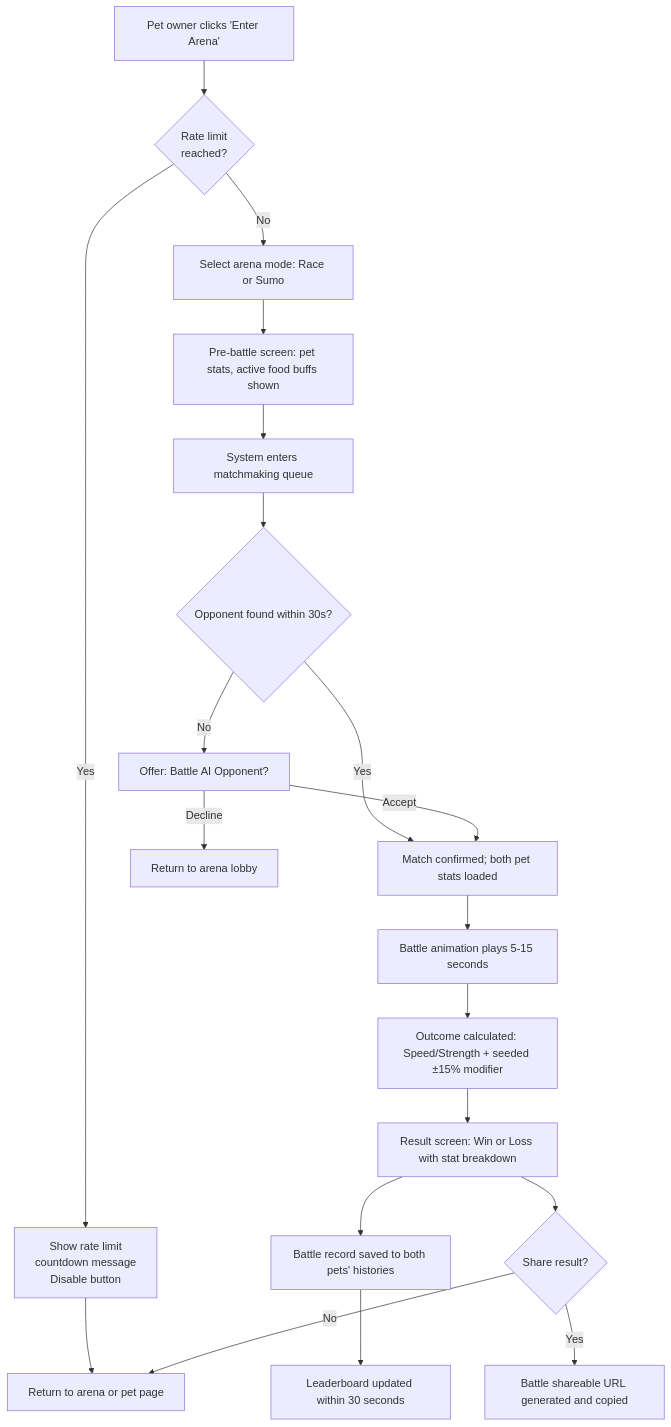
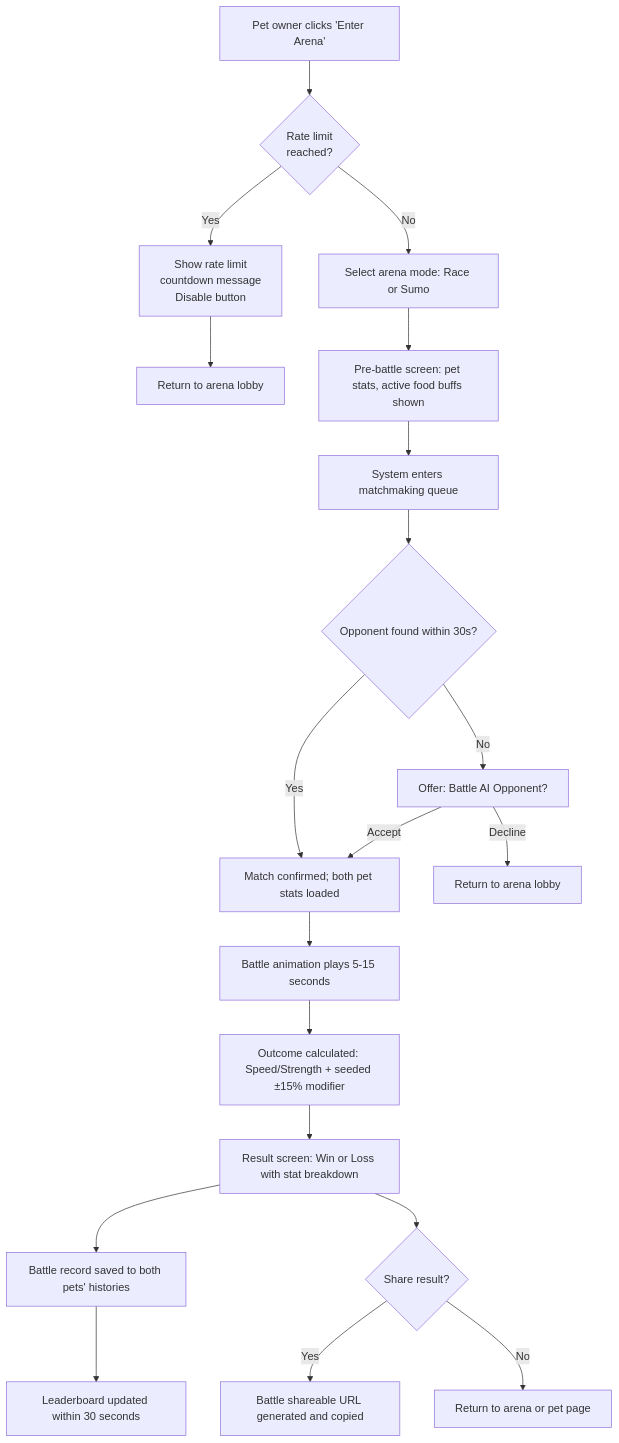
One commit to ibalasite/pet changed the fifth of 8 diagrams in docs/PRD.md. Above: the diagram before and after it, drawn with Mermaid. The commit also changed other lines of this file, not shown here.

````diff
--- a/docs/PRD.md
+++ b/docs/PRD.md
@@ -785,22 +785,22 @@
 ```mermaid
 flowchart TD
     A[Pet owner clicks 'Enter Arena'] --> A1{Rate limit<br/>reached?}
     A1 -->|Yes| A2[Show rate limit<br/>countdown message<br/>Disable button]
-    A2 --> P[Return to arena lobby]
+    A2 --> P2[Return to arena lobby]
     A1 -->|No| B[Select arena mode: Race or Sumo]
     B --> C[Pre-battle screen: pet stats, active food buffs shown]
     C --> D[System enters matchmaking queue]
     D --> E{Opponent found within 30s?}
     E -->|Yes| F[Match confirmed; both pet stats loaded]
     E -->|No| G[Offer: Battle AI Opponent?]
     G -->|Decline| H[Return to arena lobby]
     G -->|Accept| F
     F --> I[Battle animation plays 5-15 seconds]
     I --> J[Outcome calculated: Speed/Strength + seeded ±15% modifier]
     J --> K[Result screen: Win or Loss with stat breakdown]
     K --> L[Battle record saved to both pets' histories]
     L --> M[Leaderboard updated within 30 seconds]
     K --> N{Share result?}
     N -->|Yes| O[Battle shareable URL generated and copied]
     N -->|No| P[Return to arena or pet page]
 ```
````
